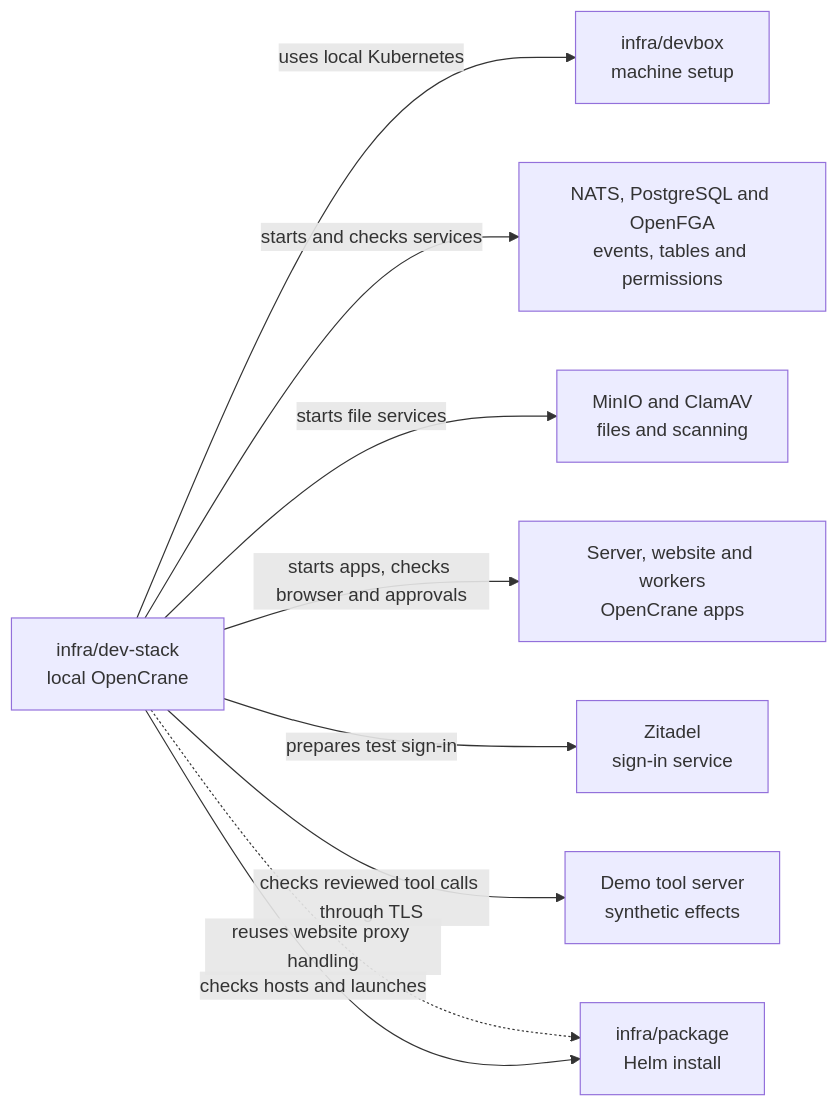
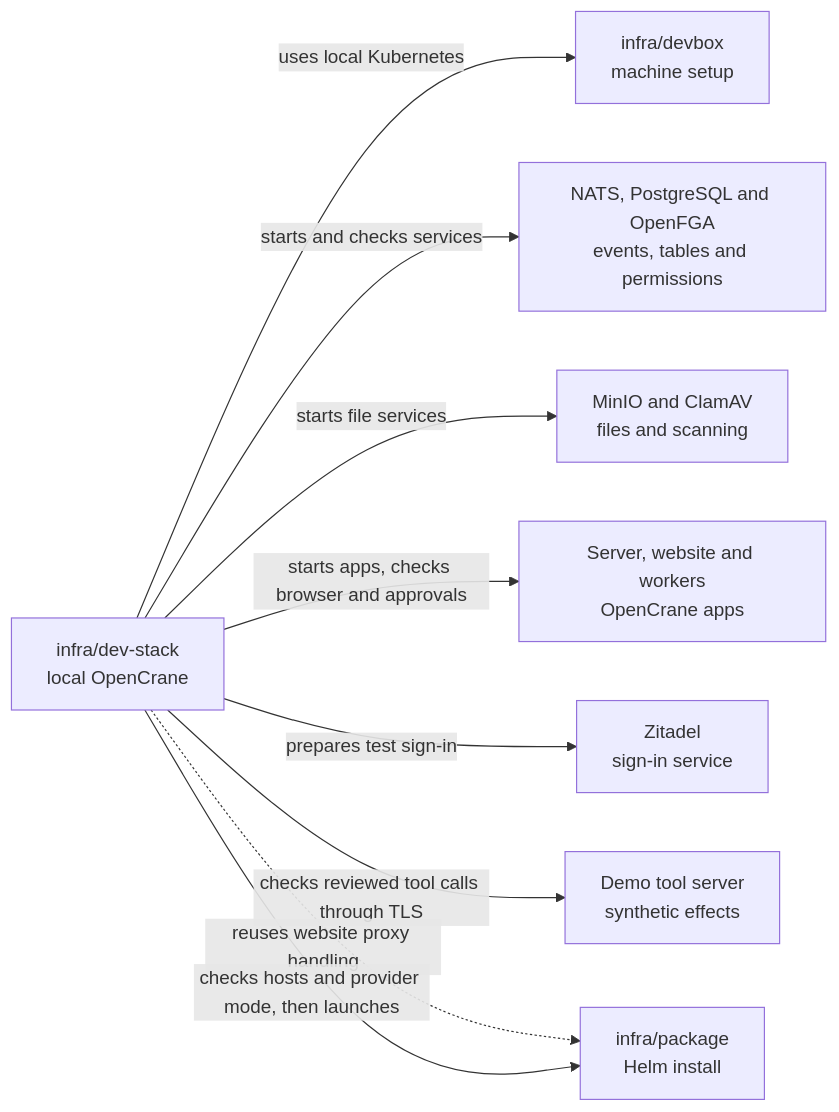
The diagram in infra/dev-stack/README.md (elewa-git/opencrane-new), drawn with Mermaid before and after one commit. The commit also changed other lines of this file and 201 other files, not shown here.

````diff
--- a/infra/dev-stack/README.md
+++ b/infra/dev-stack/README.md
@@ -23,11 +23,11 @@
 ```mermaid
 flowchart LR
   stack["infra/dev-stack<br/>local OpenCrane"] -->|uses local Kubernetes| devbox["infra/devbox<br/>machine setup"]
   stack -->|starts and checks services| services["NATS, PostgreSQL and OpenFGA<br/>events, tables and permissions"]
   stack -->|starts file services| files["MinIO and ClamAV<br/>files and scanning"]
   stack -->|starts apps, checks browser and approvals| apps["Server, website and workers<br/>OpenCrane apps"]
   stack -->|prepares test sign-in| zitadel["Zitadel<br/>sign-in service"]
   stack -->|checks reviewed tool calls through TLS| demo["Demo tool server<br/>synthetic effects"]
   stack -.->|reuses website proxy handling| package
-  stack -->|checks hosts and launches| package["infra/package<br/>Helm install"]
+  stack -->|checks hosts and provider mode, then launches| package["infra/package<br/>Helm install"]
 ```
````
